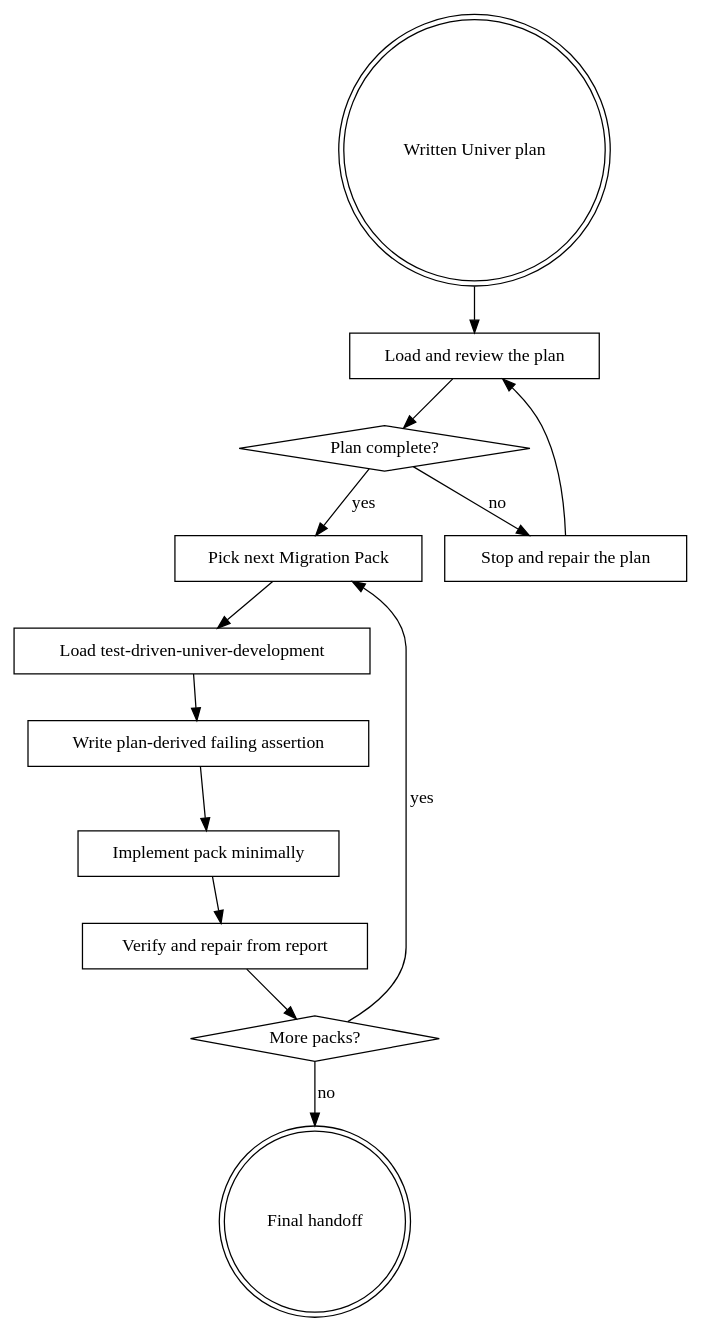
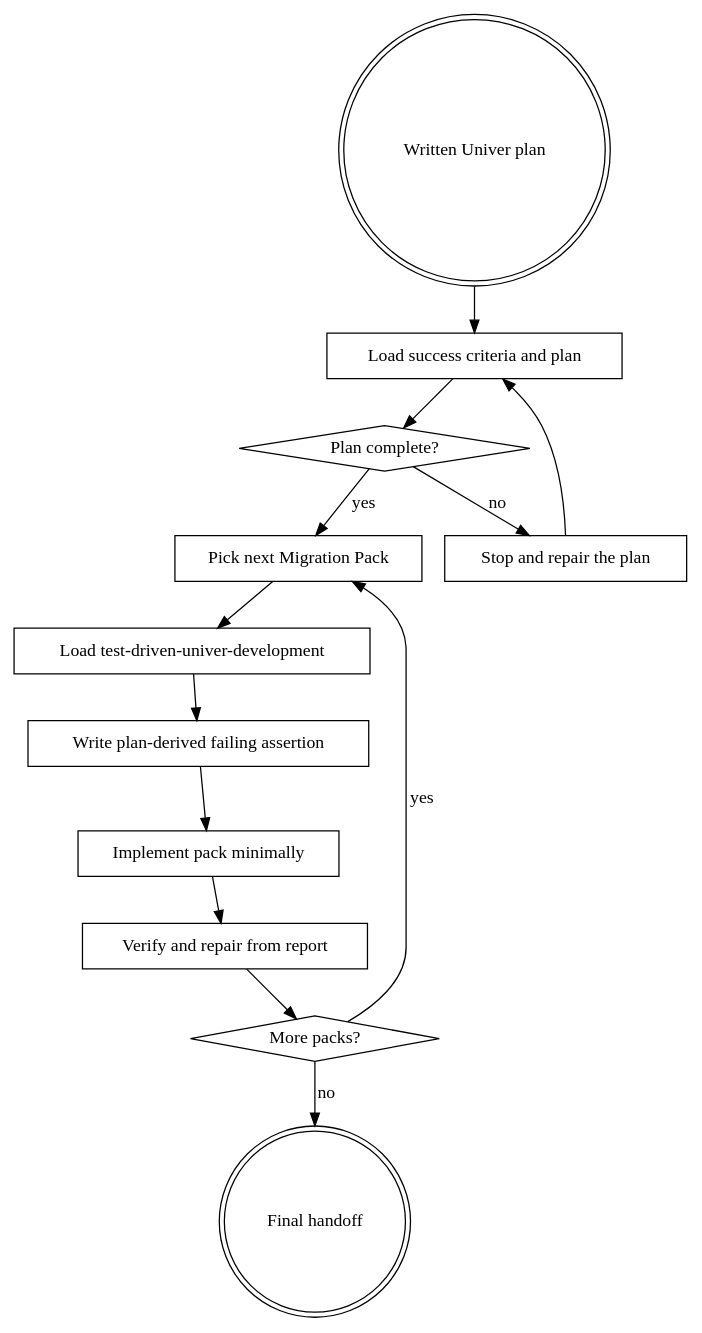
One commit to dream-num/skills changed the diagram in skills/executing-univer-plans/SKILL.md. Above: the diagram before and after it, drawn with Graphviz. The commit also changed other lines of this file and 3 other files, not shown here.

Commit message:
Add pre-plan success criteria guidance

````diff
--- a/skills/executing-univer-plans/SKILL.md
+++ b/skills/executing-univer-plans/SKILL.md
@@ -24,28 +24,28 @@
 ```dot
 digraph executing_univer_plans {
     "Written Univer plan" [shape=doublecircle];
-    "Load and review the plan" [shape=box];
+    "Load success criteria and plan" [shape=box];
     "Plan complete?" [shape=diamond];
     "Stop and repair the plan" [shape=box];
     "Pick next Migration Pack" [shape=box];
     "Load test-driven-univer-development" [shape=box];
     "Write plan-derived failing assertion" [shape=box];
     "Implement pack minimally" [shape=box];
     "Verify and repair from report" [shape=box];
     "More packs?" [shape=diamond];
     "Final handoff" [shape=doublecircle];
 
-    "Written Univer plan" -> "Load and review the plan";
-    "Load and review the plan" -> "Plan complete?";
+    "Written Univer plan" -> "Load success criteria and plan";
+    "Load success criteria and plan" -> "Plan complete?";
     "Plan complete?" -> "Stop and repair the plan" [label="no"];
-    "Stop and repair the plan" -> "Load and review the plan";
+    "Stop and repair the plan" -> "Load success criteria and plan";
     "Plan complete?" -> "Pick next Migration Pack" [label="yes"];
     "Pick next Migration Pack" -> "Load test-driven-univer-development";
     "Load test-driven-univer-development" -> "Write plan-derived failing assertion";
     "Write plan-derived failing assertion" -> "Implement pack minimally";
     "Implement pack minimally" -> "Verify and repair from report";
     "Verify and repair from report" -> "More packs?";
     "More packs?" -> "Pick next Migration Pack" [label="yes"];
     "More packs?" -> "Final handoff" [label="no"];
 }
 ```
````
